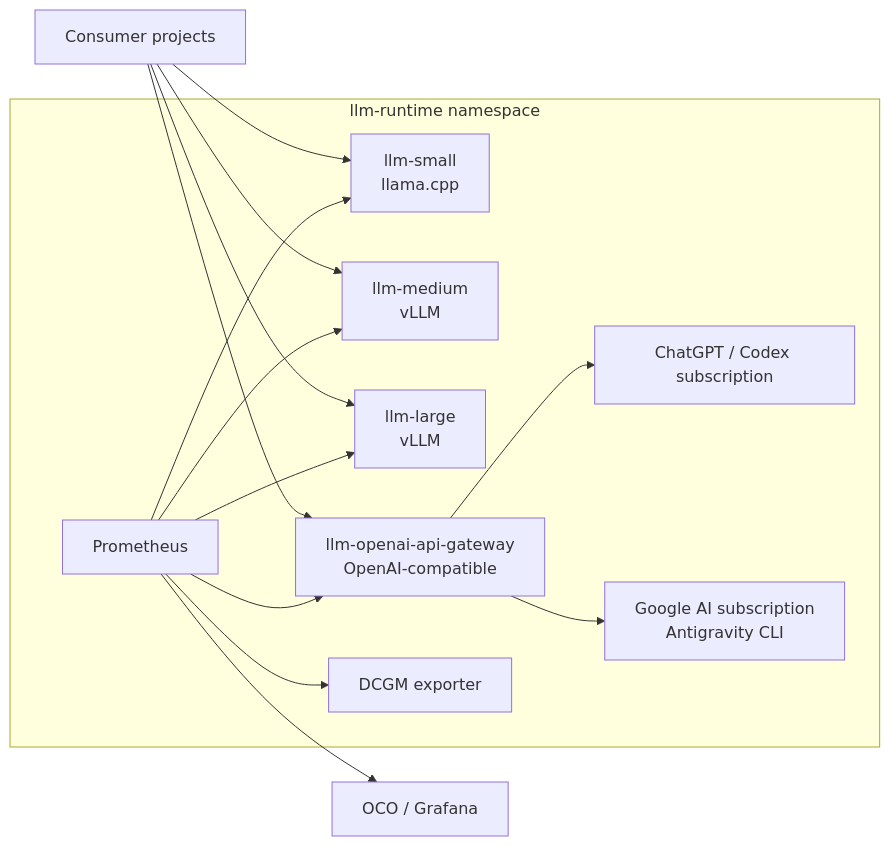
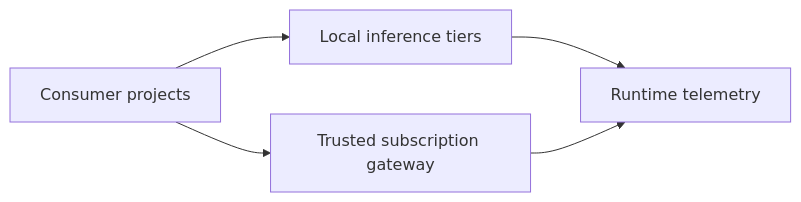
The diagram in README.md (homel-dev/llm-runtime), drawn with Mermaid before and after one commit. The commit also changed other lines of this file, not shown here.

First line of the commit message:
Revise README for clarity and updated architecture

````diff
--- a/README.md
+++ b/README.md
@@ -37,27 +51,12 @@
 ```mermaid
 flowchart LR
     C[Consumer projects]
+    R[Local inference tiers]
+    G[Trusted subscription gateway]
+    P[Runtime telemetry]
 
-    subgraph R[llm-runtime namespace]
-        S[llm-small\nllama.cpp]
-        M[llm-medium\nvLLM]
-        L[llm-large\nvLLM]
-        G[llm-openai-api-gateway\nOpenAI-compatible]
-        P[Prometheus]
-        D[DCGM exporter]
-
-        G --> O[ChatGPT / Codex subscription]
-        G --> A[Google AI subscription\nAntigravity CLI]
-        P --> S
-        P --> M
-        P --> L
-        P --> G
-        P --> D
-    end
-
-    C --> S
-    C --> M
-    C --> L
+    C --> R
     C --> G
-    P --> OCO[OCO / Grafana]
+    R --> P
+    G --> P
 ```
````
